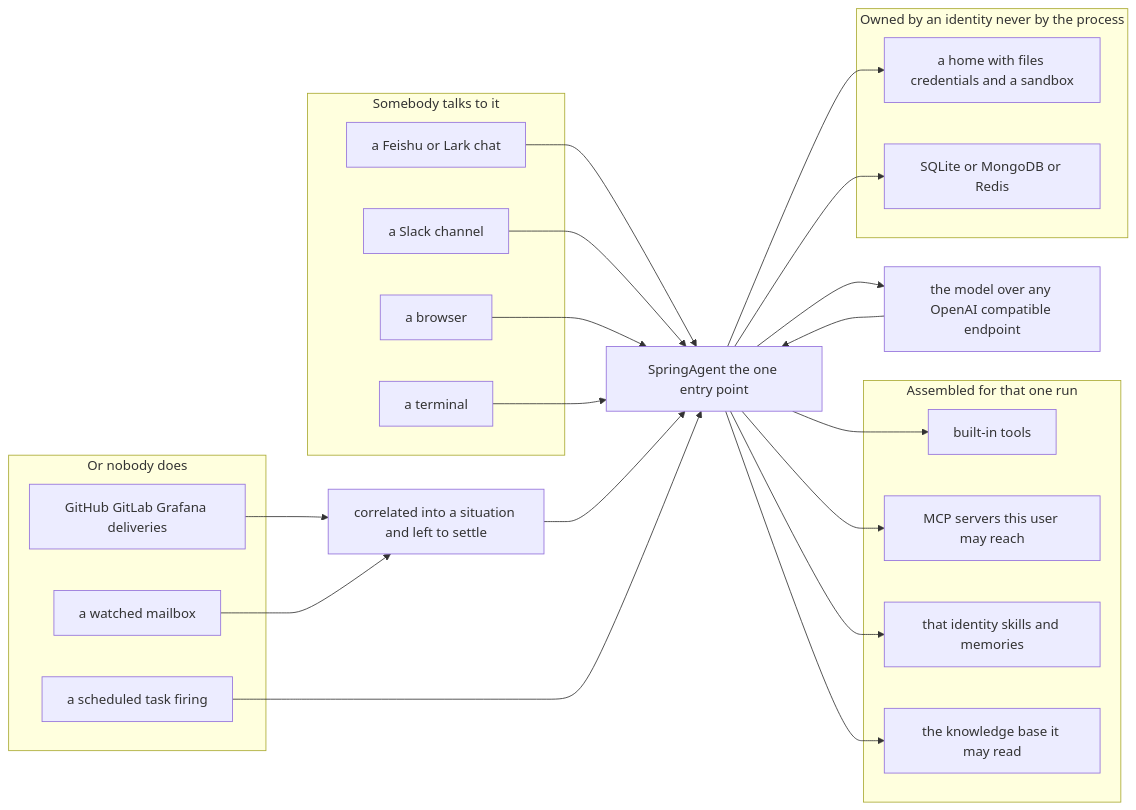
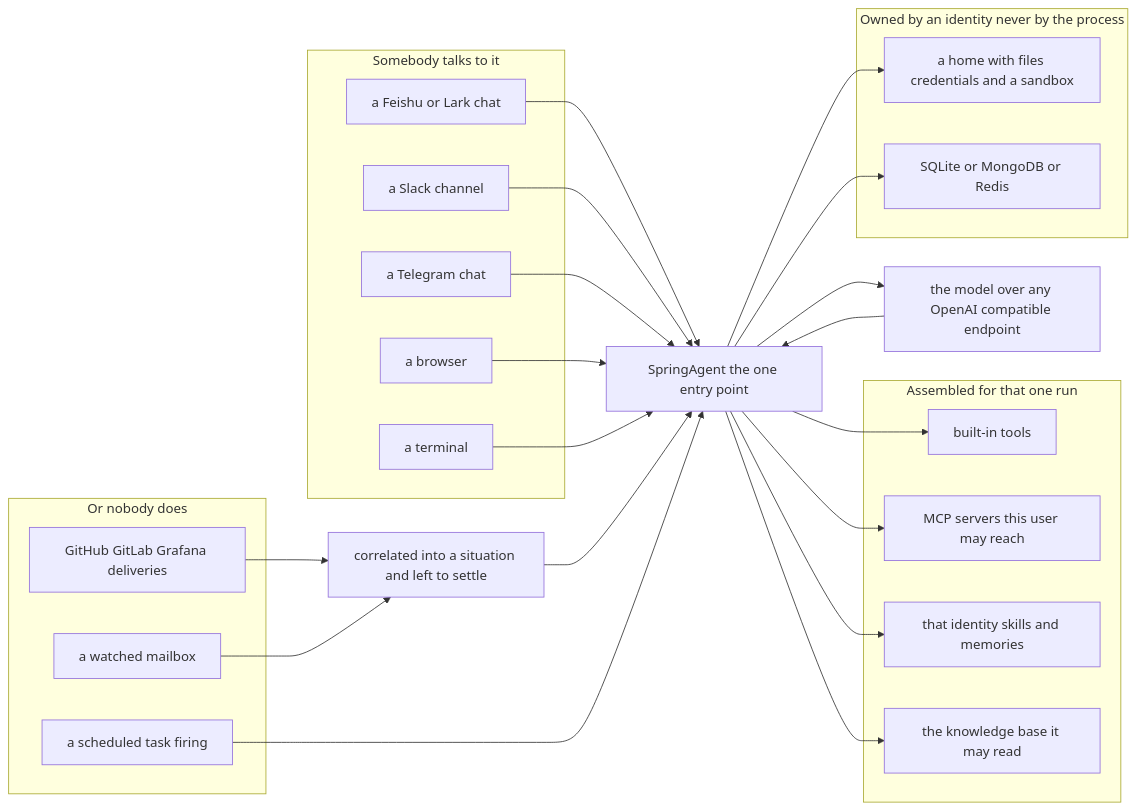
The first of 2 diagrams in README.md (kezhenxu94/spring-agent), drawn with Mermaid before and after one commit. The commit also changed other lines of this file and 112 other files, not shown here.

Commit message:
feat: let telegram be the agent's surface, by long polling with no sdk and answering only the people and groups it was told to, and open 1.94.0

````diff
--- a/README.md
+++ b/README.md
@@ -31,49 +31,51 @@
 ```mermaid
 flowchart LR
     subgraph TALK[Somebody talks to it]
         feishu[a Feishu or Lark chat]
         slack[a Slack channel]
+        telegram[a Telegram chat]
         browser[a browser]
         cli[a terminal]
     end
 
     subgraph WATCH[Or nobody does]
         hooks[GitHub GitLab Grafana deliveries]
         mail[a watched mailbox]
         clock[a scheduled task firing]
     end
 
     events[correlated into a situation and left to settle]
     agent[SpringAgent the one entry point]
     model[the model over any OpenAI compatible endpoint]
 
     subgraph PERRUN[Assembled for that one run]
         tools[built-in tools]
         mcp[MCP servers this user may reach]
         skills[that identity skills and memories]
         kb[the knowledge base it may read]
     end
 
     subgraph OWNED[Owned by an identity never by the process]
         home[a home with files credentials and a sandbox]
         store[SQLite or MongoDB or Redis]
     end
 
     feishu --> agent
     slack --> agent
+    telegram --> agent
     browser --> agent
     cli --> agent
     hooks --> events
     mail --> events
     events --> agent
     clock --> agent
 
     agent --> model
     model --> agent
     agent --> tools
     agent --> mcp
     agent --> skills
     agent --> kb
     agent --> home
     agent --> store
 ```
````
